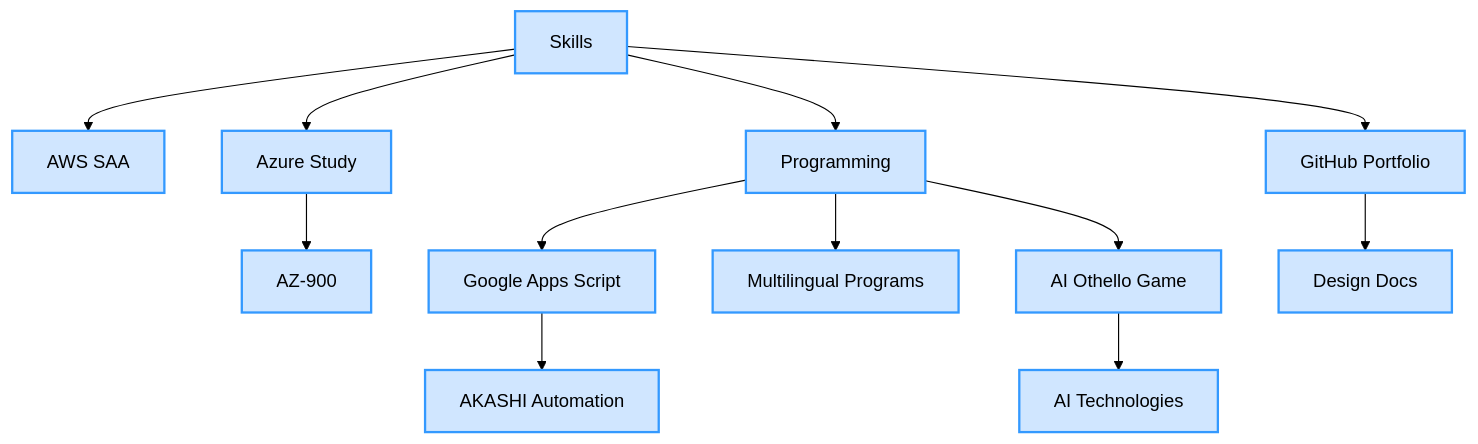
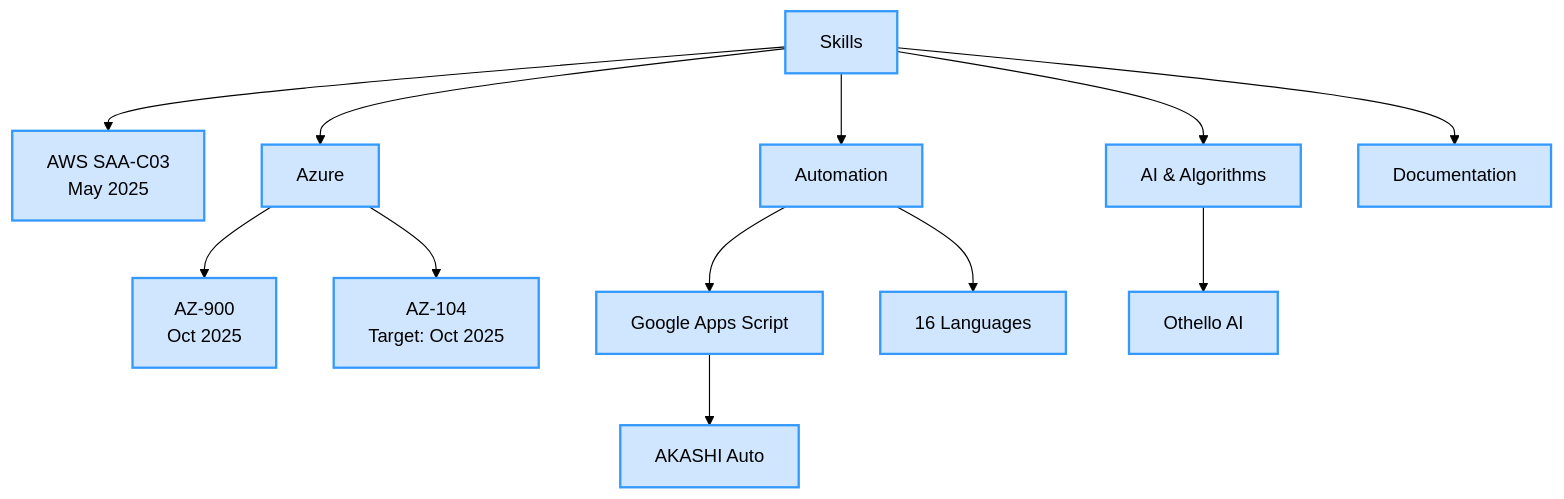
Before and after one commit to takeshiyoshida76-cell/takeshiyoshida76: the first of 2 diagrams in README.md, drawn with Mermaid (forest theme). The commit also changed other lines of this file, not shown here.

````diff
--- a/README.md
+++ b/README.md
@@ -38,15 +44,15 @@
 ```mermaid
 graph TD
     classDef skill fill:#d0e6ff,stroke:#3399ff,stroke-width:2px;
-    B[Skills]:::skill --> B1[AWS SAA]:::skill
-    B --> B2[Azure Study]:::skill
-    B --> B3[Programming]:::skill
-    B --> B4[GitHub Portfolio]:::skill
-    B2 --> B2a[AZ-900]:::skill
+    B[Skills]:::skill --> B1[AWS SAA-C03<br>May 2025]:::skill
+    B --> B2[Azure]:::skill
+    B2 --> B2a[AZ-900<br>Oct 2025]:::skill
+    B2 --> B2b[AZ-104<br>Target: Oct 2025]:::skill
+    B --> B3[Automation]:::skill
     B3 --> B3a[Google Apps Script]:::skill
-    B3a --> B3a1[AKASHI Automation]:::skill
-    B3 --> B3b[Multilingual Programs]:::skill
-    B3 --> B3c[AI Othello Game]:::skill
-    B3c --> B3c1[AI Technologies]:::skill
-    B4 --> B4a[Design Docs]:::skill
+    B3a --> B3a1[AKASHI Auto]:::skill
+    B3 --> B3b[16 Languages]:::skill
+    B --> B4[AI & Algorithms]:::skill
+    B4 --> B4a[Othello AI]:::skill
+    B --> B5[Documentation]:::skill
 ```
````
